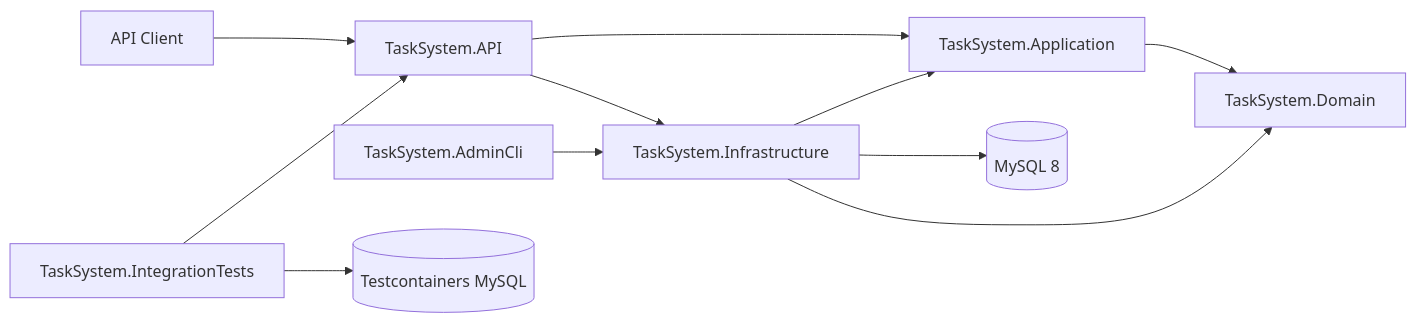
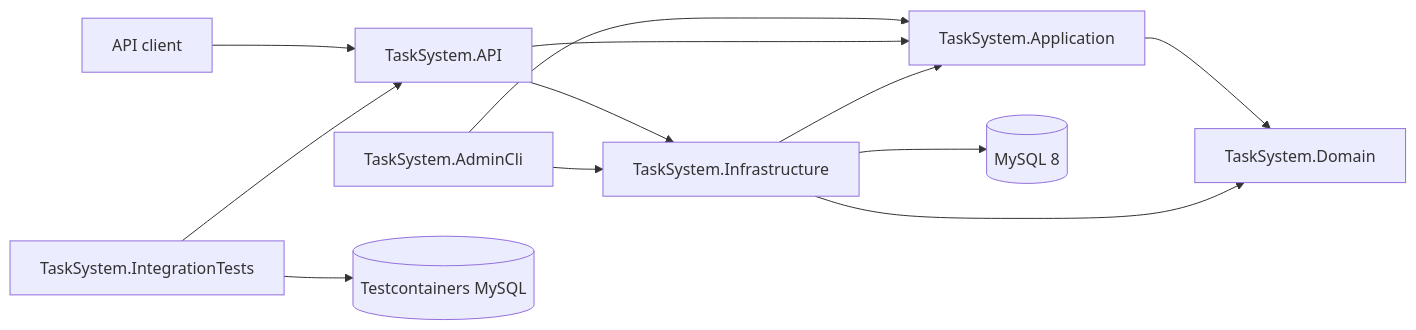
One commit to AurimasG1/TaskSystem changed the diagram in README.md. Above: the diagram before and after it, drawn with Mermaid. The commit also changed other lines of this file, not shown here.

````diff
--- a/README.md
+++ b/README.md
@@ -51,18 +42,17 @@
 ```mermaid
 flowchart LR
-    Client[API Client] --> API[TaskSystem.API]
+    Client[API client] --> API[TaskSystem.API]
+    AdminCLI[TaskSystem.AdminCli] --> Application
 
     API --> Application[TaskSystem.Application]
-    API --> Infrastructure[TaskSystem.Infrastructure]
-
     Application --> Domain[TaskSystem.Domain]
-
-    Infrastructure --> Application
+    Infrastructure[TaskSystem.Infrastructure] --> Application
     Infrastructure --> Domain
     Infrastructure --> MySQL[(MySQL 8)]
 
-    AdminCLI[TaskSystem.AdminCli] --> Infrastructure
+    API --> Infrastructure
+    AdminCLI --> Infrastructure
 
     IntegrationTests[TaskSystem.IntegrationTests] --> API
     IntegrationTests --> TestMySQL[(Testcontainers MySQL)]
 ```
````
